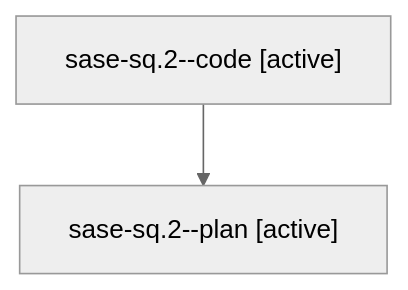
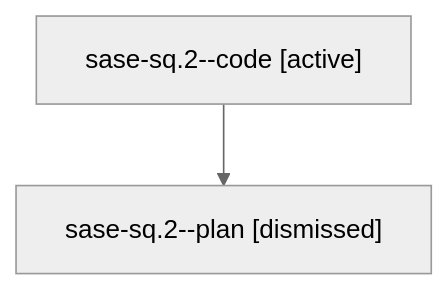
One commit to sase-org/sase--agents changed the diagram in sessions/bbugyi200.athena.sase-sq.2.md. Above: the diagram before and after it, drawn with Mermaid (neutral theme). The commit also changed other lines of this file and 189 other files, not shown here.

````diff
--- a/sessions/bbugyi200.athena.sase-sq.2.md
+++ b/sessions/bbugyi200.athena.sase-sq.2.md
@@ -9,6 +9,6 @@
 ```mermaid
 flowchart TD
   n0["sase-sq.2--code [active]"]
-  n1["sase-sq.2--plan [active]"]
+  n1["sase-sq.2--plan [dismissed]"]
   n0 --> n1
 ```
````
